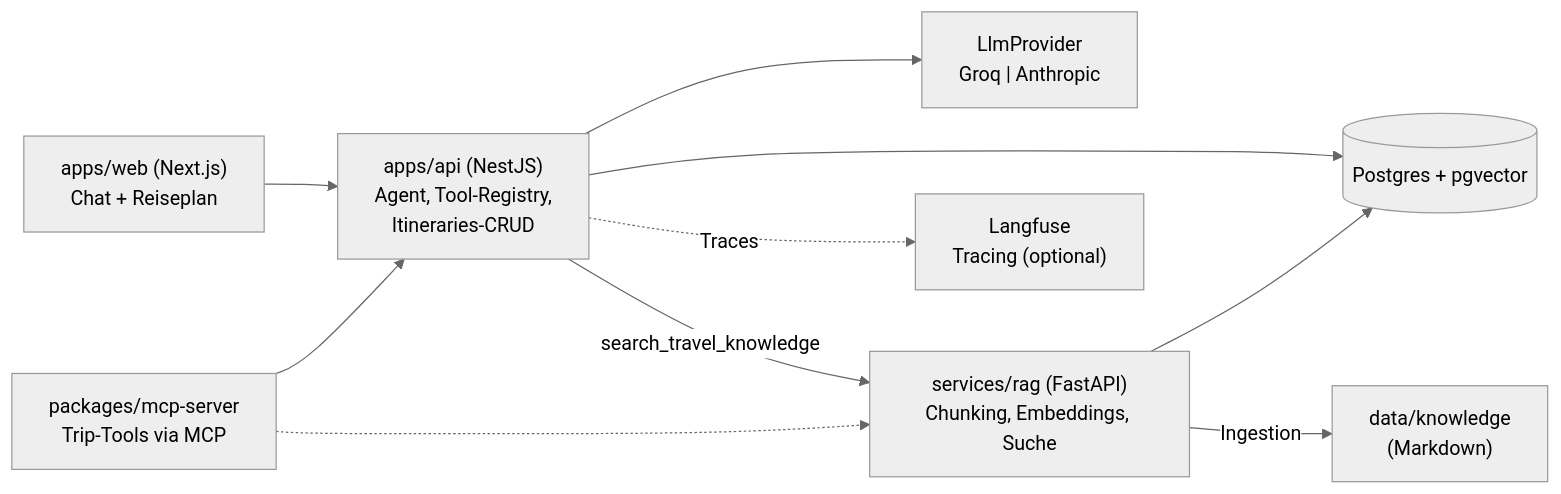
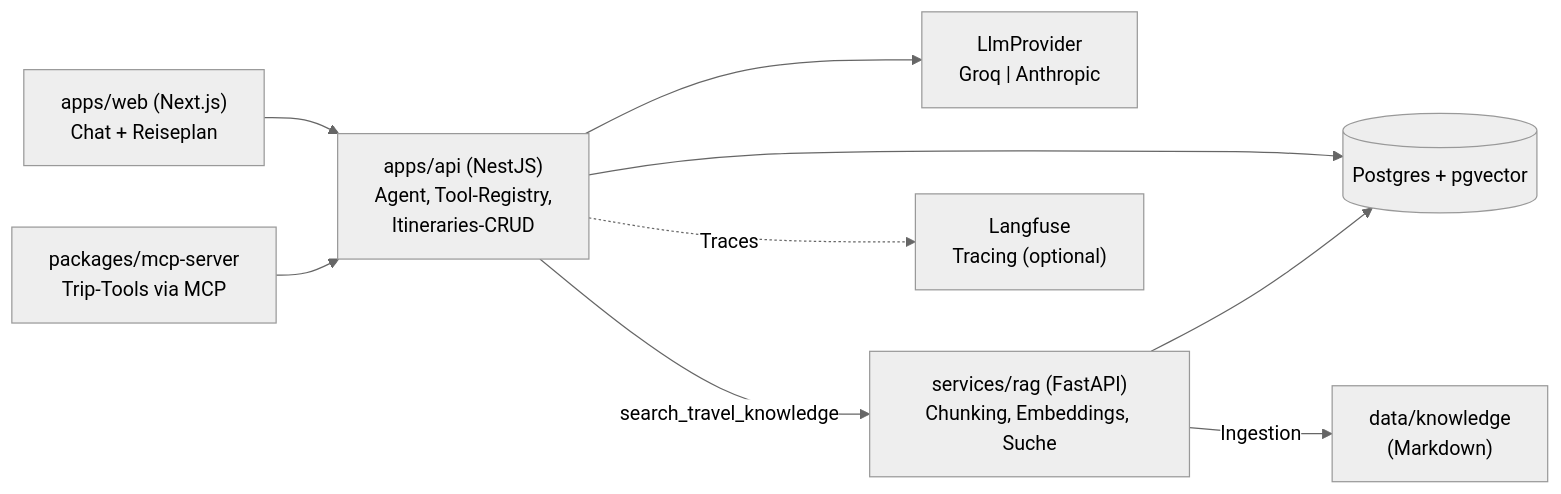
One commit to hgrosche95/ai-trip-planer changed the first of 2 diagrams in README.md. Above: the diagram before and after it, drawn with Mermaid (neutral theme). The commit also changed other lines of this file and 7 other files, not shown here.

````diff
--- a/README.md
+++ b/README.md
@@ -42,21 +42,20 @@
 ```mermaid
 flowchart LR
     Web["apps/web (Next.js)<br/>Chat + Reiseplan"]
     Api["apps/api (NestJS)<br/>Agent, Tool-Registry,<br/>Itineraries-CRUD"]
     Prov["LlmProvider<br/>Groq | Anthropic"]
     Rag["services/rag (FastAPI)<br/>Chunking, Embeddings, Suche"]
     Db[("Postgres + pgvector")]
     Kb["data/knowledge<br/>(Markdown)"]
     Mcp["packages/mcp-server<br/>Trip-Tools via MCP"]
     Obs["Langfuse<br/>Tracing (optional)"]
 
     Web --> Api
     Api --> Prov
     Api -- "search_travel_knowledge" --> Rag
     Api --> Db
     Rag --> Db
     Rag -- Ingestion --> Kb
     Mcp --> Api
-    Mcp -.-> Rag
     Api -.Traces.-> Obs
 ```
````
